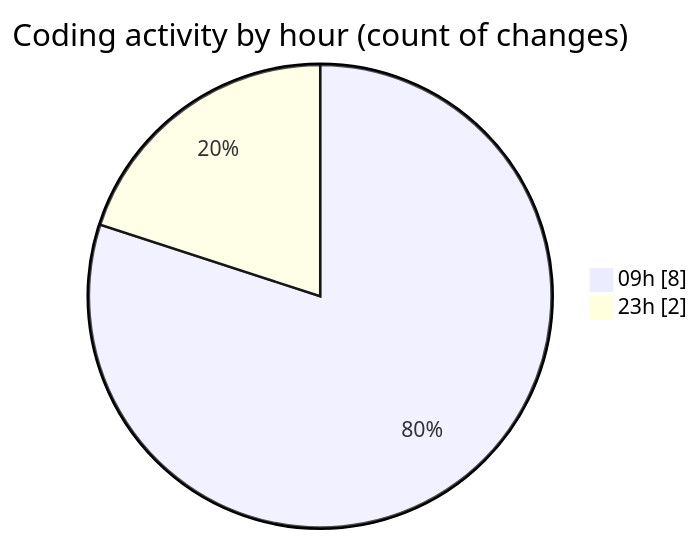
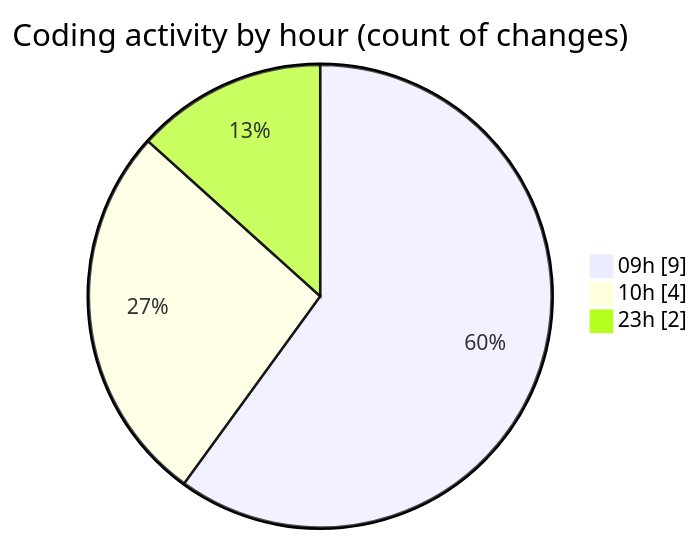
One commit to Elitesun/code-tracking changed the second of 2 diagrams in 2025-05-19/niten/README.md. Above: the diagram before and after it, drawn with Mermaid. The commit also changed other lines of this file and 1 other file, not shown here.

````diff
--- a/2025-05-19/niten/README.md
+++ b/2025-05-19/niten/README.md
@@ -31,6 +33,7 @@
 ```mermaid
 pie showData
 title Coding activity by hour (count of changes)
-"09h" : 8
+"09h" : 9
+"10h" : 4
 "23h" : 2
 ```
````
